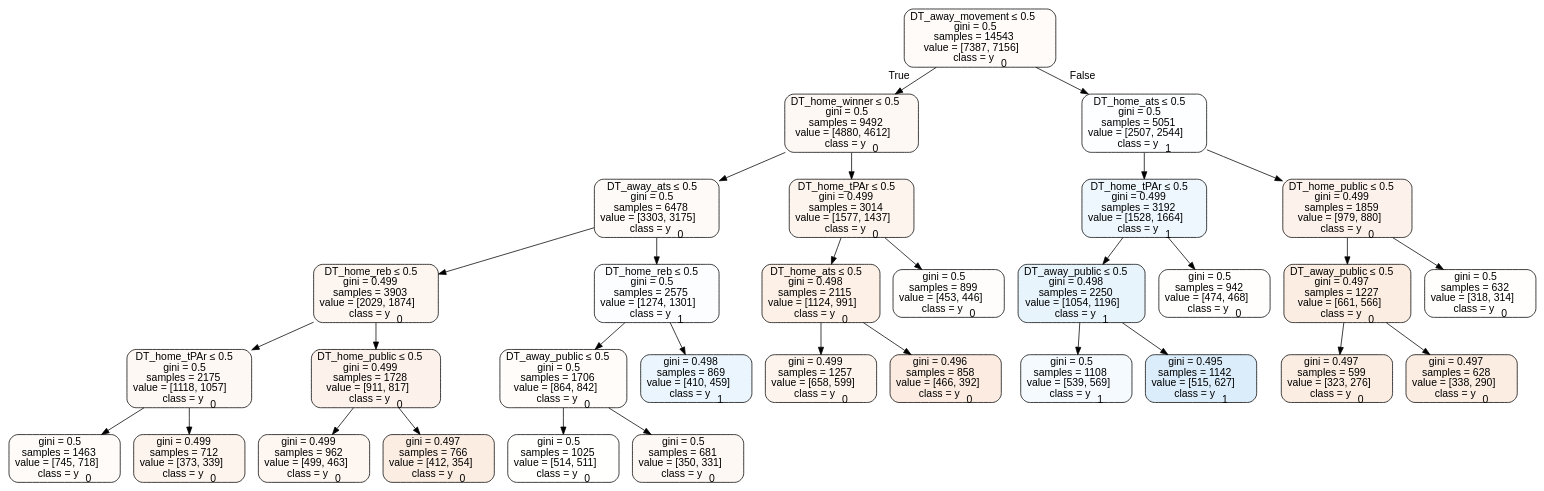
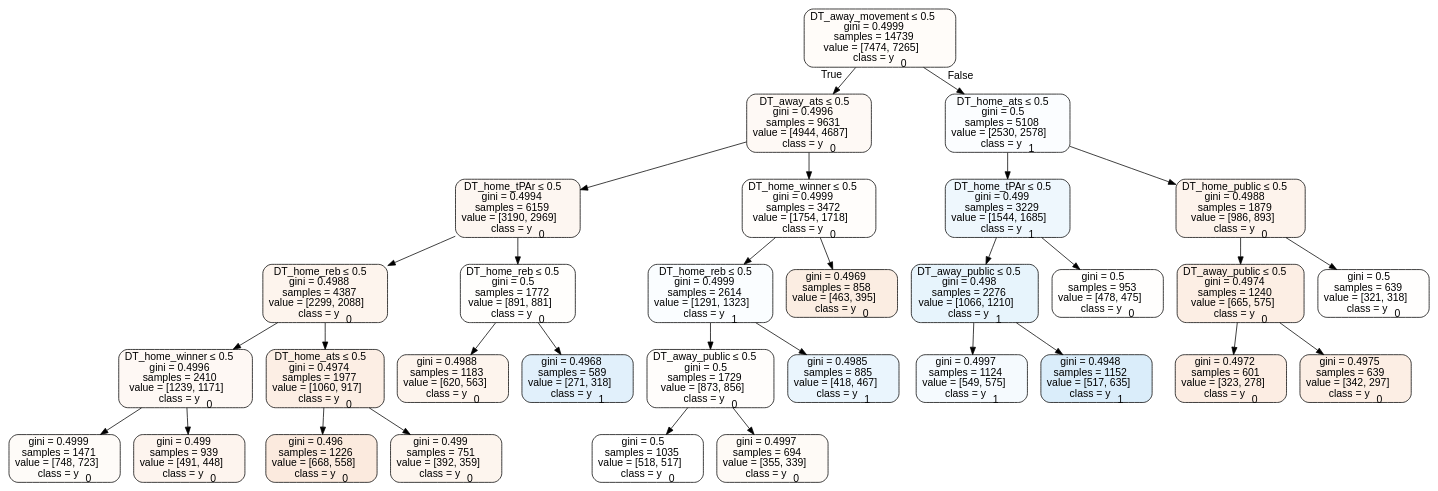
One commit to usbogie/ncaa-bets changed the diagram in Basketball/data/trees/tree2013home.dot. Above: the diagram before and after it, drawn with Graphviz. The commit also changed 41 other files, not shown here.

```diff
--- a/Basketball/data/trees/tree2013home.dot
+++ b/Basketball/data/trees/tree2013home.dot
@@ -1,65 +1,65 @@
 digraph Tree {
 node [shape=box, style="filled, rounded", color="black", fontname=helvetica] ;
 edge [fontname=helvetica] ;
-0 [label=<DT_away_movement &le; 0.5<br/>gini = 0.5<br/>samples = 14543<br/>value = [7387, 7156]<br/>class = y<SUB>0</SUB>>, fillcolor="#e5813908"] ;
-1 [label=<DT_home_winner &le; 0.5<br/>gini = 0.5<br/>samples = 9492<br/>value = [4880, 4612]<br/>class = y<SUB>0</SUB>>, fillcolor="#e581390e"] ;
+0 [label=<DT_away_movement &le; 0.5<br/>gini = 0.4999<br/>samples = 14739<br/>value = [7474, 7265]<br/>class = y<SUB>0</SUB>>, fillcolor="#e5813907"] ;
+1 [label=<DT_away_ats &le; 0.5<br/>gini = 0.4996<br/>samples = 9631<br/>value = [4944, 4687]<br/>class = y<SUB>0</SUB>>, fillcolor="#e581390d"] ;
 0 -> 1 [labeldistance=2.5, labelangle=45, headlabel="True"] ;
-2 [label=<DT_away_ats &le; 0.5<br/>gini = 0.5<br/>samples = 6478<br/>value = [3303, 3175]<br/>class = y<SUB>0</SUB>>, fillcolor="#e581390a"] ;
+2 [label=<DT_home_tPAr &le; 0.5<br/>gini = 0.4994<br/>samples = 6159<br/>value = [3190, 2969]<br/>class = y<SUB>0</SUB>>, fillcolor="#e5813912"] ;
 1 -> 2 ;
-3 [label=<DT_home_reb &le; 0.5<br/>gini = 0.499<br/>samples = 3903<br/>value = [2029, 1874]<br/>class = y<SUB>0</SUB>>, fillcolor="#e5813913"] ;
+3 [label=<DT_home_reb &le; 0.5<br/>gini = 0.4988<br/>samples = 4387<br/>value = [2299, 2088]<br/>class = y<SUB>0</SUB>>, fillcolor="#e5813917"] ;
 2 -> 3 ;
-4 [label=<DT_home_tPAr &le; 0.5<br/>gini = 0.5<br/>samples = 2175<br/>value = [1118, 1057]<br/>class = y<SUB>0</SUB>>, fillcolor="#e581390e"] ;
+4 [label=<DT_home_winner &le; 0.5<br/>gini = 0.4996<br/>samples = 2410<br/>value = [1239, 1171]<br/>class = y<SUB>0</SUB>>, fillcolor="#e581390e"] ;
 3 -> 4 ;
-5 [label=<gini = 0.5<br/>samples = 1463<br/>value = [745, 718]<br/>class = y<SUB>0</SUB>>, fillcolor="#e5813909"] ;
+5 [label=<gini = 0.4999<br/>samples = 1471<br/>value = [748, 723]<br/>class = y<SUB>0</SUB>>, fillcolor="#e5813909"] ;
 4 -> 5 ;
-6 [label=<gini = 0.499<br/>samples = 712<br/>value = [373, 339]<br/>class = y<SUB>0</SUB>>, fillcolor="#e5813917"] ;
+6 [label=<gini = 0.499<br/>samples = 939<br/>value = [491, 448]<br/>class = y<SUB>0</SUB>>, fillcolor="#e5813916"] ;
 4 -> 6 ;
-7 [label=<DT_home_public &le; 0.5<br/>gini = 0.499<br/>samples = 1728<br/>value = [911, 817]<br/>class = y<SUB>0</SUB>>, fillcolor="#e581391a"] ;
+7 [label=<DT_home_ats &le; 0.5<br/>gini = 0.4974<br/>samples = 1977<br/>value = [1060, 917]<br/>class = y<SUB>0</SUB>>, fillcolor="#e5813922"] ;
 3 -> 7 ;
-8 [label=<gini = 0.499<br/>samples = 962<br/>value = [499, 463]<br/>class = y<SUB>0</SUB>>, fillcolor="#e5813912"] ;
+8 [label=<gini = 0.496<br/>samples = 1226<br/>value = [668, 558]<br/>class = y<SUB>0</SUB>>, fillcolor="#e581392a"] ;
 7 -> 8 ;
-9 [label=<gini = 0.497<br/>samples = 766<br/>value = [412, 354]<br/>class = y<SUB>0</SUB>>, fillcolor="#e5813924"] ;
+9 [label=<gini = 0.499<br/>samples = 751<br/>value = [392, 359]<br/>class = y<SUB>0</SUB>>, fillcolor="#e5813915"] ;
 7 -> 9 ;
-10 [label=<DT_home_reb &le; 0.5<br/>gini = 0.5<br/>samples = 2575<br/>value = [1274, 1301]<br/>class = y<SUB>1</SUB>>, fillcolor="#399de505"] ;
+10 [label=<DT_home_reb &le; 0.5<br/>gini = 0.5<br/>samples = 1772<br/>value = [891, 881]<br/>class = y<SUB>0</SUB>>, fillcolor="#e5813903"] ;
 2 -> 10 ;
-11 [label=<DT_away_public &le; 0.5<br/>gini = 0.5<br/>samples = 1706<br/>value = [864, 842]<br/>class = y<SUB>0</SUB>>, fillcolor="#e5813906"] ;
+11 [label=<gini = 0.4988<br/>samples = 1183<br/>value = [620, 563]<br/>class = y<SUB>0</SUB>>, fillcolor="#e5813917"] ;
 10 -> 11 ;
-12 [label=<gini = 0.5<br/>samples = 1025<br/>value = [514, 511]<br/>class = y<SUB>0</SUB>>, fillcolor="#e5813901"] ;
-11 -> 12 ;
-13 [label=<gini = 0.5<br/>samples = 681<br/>value = [350, 331]<br/>class = y<SUB>0</SUB>>, fillcolor="#e581390e"] ;
-11 -> 13 ;
-14 [label=<gini = 0.498<br/>samples = 869<br/>value = [410, 459]<br/>class = y<SUB>1</SUB>>, fillcolor="#399de51b"] ;
-10 -> 14 ;
-15 [label=<DT_home_tPAr &le; 0.5<br/>gini = 0.499<br/>samples = 3014<br/>value = [1577, 1437]<br/>class = y<SUB>0</SUB>>, fillcolor="#e5813917"] ;
-1 -> 15 ;
-16 [label=<DT_home_ats &le; 0.5<br/>gini = 0.498<br/>samples = 2115<br/>value = [1124, 991]<br/>class = y<SUB>0</SUB>>, fillcolor="#e581391e"] ;
+12 [label=<gini = 0.4968<br/>samples = 589<br/>value = [271, 318]<br/>class = y<SUB>1</SUB>>, fillcolor="#399de526"] ;
+10 -> 12 ;
+13 [label=<DT_home_winner &le; 0.5<br/>gini = 0.4999<br/>samples = 3472<br/>value = [1754, 1718]<br/>class = y<SUB>0</SUB>>, fillcolor="#e5813905"] ;
+1 -> 13 ;
+14 [label=<DT_home_reb &le; 0.5<br/>gini = 0.4999<br/>samples = 2614<br/>value = [1291, 1323]<br/>class = y<SUB>1</SUB>>, fillcolor="#399de506"] ;
+13 -> 14 ;
+15 [label=<DT_away_public &le; 0.5<br/>gini = 0.5<br/>samples = 1729<br/>value = [873, 856]<br/>class = y<SUB>0</SUB>>, fillcolor="#e5813905"] ;
+14 -> 15 ;
+16 [label=<gini = 0.5<br/>samples = 1035<br/>value = [518, 517]<br/>class = y<SUB>0</SUB>>, fillcolor="#e5813900"] ;
 15 -> 16 ;
-17 [label=<gini = 0.499<br/>samples = 1257<br/>value = [658, 599]<br/>class = y<SUB>0</SUB>>, fillcolor="#e5813917"] ;
-16 -> 17 ;
-18 [label=<gini = 0.496<br/>samples = 858<br/>value = [466, 392]<br/>class = y<SUB>0</SUB>>, fillcolor="#e5813928"] ;
-16 -> 18 ;
-19 [label=<gini = 0.5<br/>samples = 899<br/>value = [453, 446]<br/>class = y<SUB>0</SUB>>, fillcolor="#e5813904"] ;
-15 -> 19 ;
-20 [label=<DT_home_ats &le; 0.5<br/>gini = 0.5<br/>samples = 5051<br/>value = [2507, 2544]<br/>class = y<SUB>1</SUB>>, fillcolor="#399de504"] ;
+17 [label=<gini = 0.4997<br/>samples = 694<br/>value = [355, 339]<br/>class = y<SUB>0</SUB>>, fillcolor="#e581390b"] ;
+15 -> 17 ;
+18 [label=<gini = 0.4985<br/>samples = 885<br/>value = [418, 467]<br/>class = y<SUB>1</SUB>>, fillcolor="#399de51b"] ;
+14 -> 18 ;
+19 [label=<gini = 0.4969<br/>samples = 858<br/>value = [463, 395]<br/>class = y<SUB>0</SUB>>, fillcolor="#e5813925"] ;
+13 -> 19 ;
+20 [label=<DT_home_ats &le; 0.5<br/>gini = 0.5<br/>samples = 5108<br/>value = [2530, 2578]<br/>class = y<SUB>1</SUB>>, fillcolor="#399de505"] ;
 0 -> 20 [labeldistance=2.5, labelangle=-45, headlabel="False"] ;
-21 [label=<DT_home_tPAr &le; 0.5<br/>gini = 0.499<br/>samples = 3192<br/>value = [1528, 1664]<br/>class = y<SUB>1</SUB>>, fillcolor="#399de515"] ;
+21 [label=<DT_home_tPAr &le; 0.5<br/>gini = 0.499<br/>samples = 3229<br/>value = [1544, 1685]<br/>class = y<SUB>1</SUB>>, fillcolor="#399de515"] ;
 20 -> 21 ;
-22 [label=<DT_away_public &le; 0.5<br/>gini = 0.498<br/>samples = 2250<br/>value = [1054, 1196]<br/>class = y<SUB>1</SUB>>, fillcolor="#399de51e"] ;
+22 [label=<DT_away_public &le; 0.5<br/>gini = 0.498<br/>samples = 2276<br/>value = [1066, 1210]<br/>class = y<SUB>1</SUB>>, fillcolor="#399de51e"] ;
 21 -> 22 ;
-23 [label=<gini = 0.5<br/>samples = 1108<br/>value = [539, 569]<br/>class = y<SUB>1</SUB>>, fillcolor="#399de50d"] ;
+23 [label=<gini = 0.4997<br/>samples = 1124<br/>value = [549, 575]<br/>class = y<SUB>1</SUB>>, fillcolor="#399de50c"] ;
 22 -> 23 ;
-24 [label=<gini = 0.495<br/>samples = 1142<br/>value = [515, 627]<br/>class = y<SUB>1</SUB>>, fillcolor="#399de52e"] ;
+24 [label=<gini = 0.4948<br/>samples = 1152<br/>value = [517, 635]<br/>class = y<SUB>1</SUB>>, fillcolor="#399de52f"] ;
 22 -> 24 ;
-25 [label=<gini = 0.5<br/>samples = 942<br/>value = [474, 468]<br/>class = y<SUB>0</SUB>>, fillcolor="#e5813903"] ;
+25 [label=<gini = 0.5<br/>samples = 953<br/>value = [478, 475]<br/>class = y<SUB>0</SUB>>, fillcolor="#e5813902"] ;
 21 -> 25 ;
-26 [label=<DT_home_public &le; 0.5<br/>gini = 0.499<br/>samples = 1859<br/>value = [979, 880]<br/>class = y<SUB>0</SUB>>, fillcolor="#e581391a"] ;
+26 [label=<DT_home_public &le; 0.5<br/>gini = 0.4988<br/>samples = 1879<br/>value = [986, 893]<br/>class = y<SUB>0</SUB>>, fillcolor="#e5813918"] ;
 20 -> 26 ;
-27 [label=<DT_away_public &le; 0.5<br/>gini = 0.497<br/>samples = 1227<br/>value = [661, 566]<br/>class = y<SUB>0</SUB>>, fillcolor="#e5813925"] ;
+27 [label=<DT_away_public &le; 0.5<br/>gini = 0.4974<br/>samples = 1240<br/>value = [665, 575]<br/>class = y<SUB>0</SUB>>, fillcolor="#e5813923"] ;
 26 -> 27 ;
-28 [label=<gini = 0.497<br/>samples = 599<br/>value = [323, 276]<br/>class = y<SUB>0</SUB>>, fillcolor="#e5813925"] ;
+28 [label=<gini = 0.4972<br/>samples = 601<br/>value = [323, 278]<br/>class = y<SUB>0</SUB>>, fillcolor="#e5813924"] ;
 27 -> 28 ;
-29 [label=<gini = 0.497<br/>samples = 628<br/>value = [338, 290]<br/>class = y<SUB>0</SUB>>, fillcolor="#e5813924"] ;
+29 [label=<gini = 0.4975<br/>samples = 639<br/>value = [342, 297]<br/>class = y<SUB>0</SUB>>, fillcolor="#e5813922"] ;
 27 -> 29 ;
-30 [label=<gini = 0.5<br/>samples = 632<br/>value = [318, 314]<br/>class = y<SUB>0</SUB>>, fillcolor="#e5813903"] ;
+30 [label=<gini = 0.5<br/>samples = 639<br/>value = [321, 318]<br/>class = y<SUB>0</SUB>>, fillcolor="#e5813902"] ;
 26 -> 30 ;
 }
```
